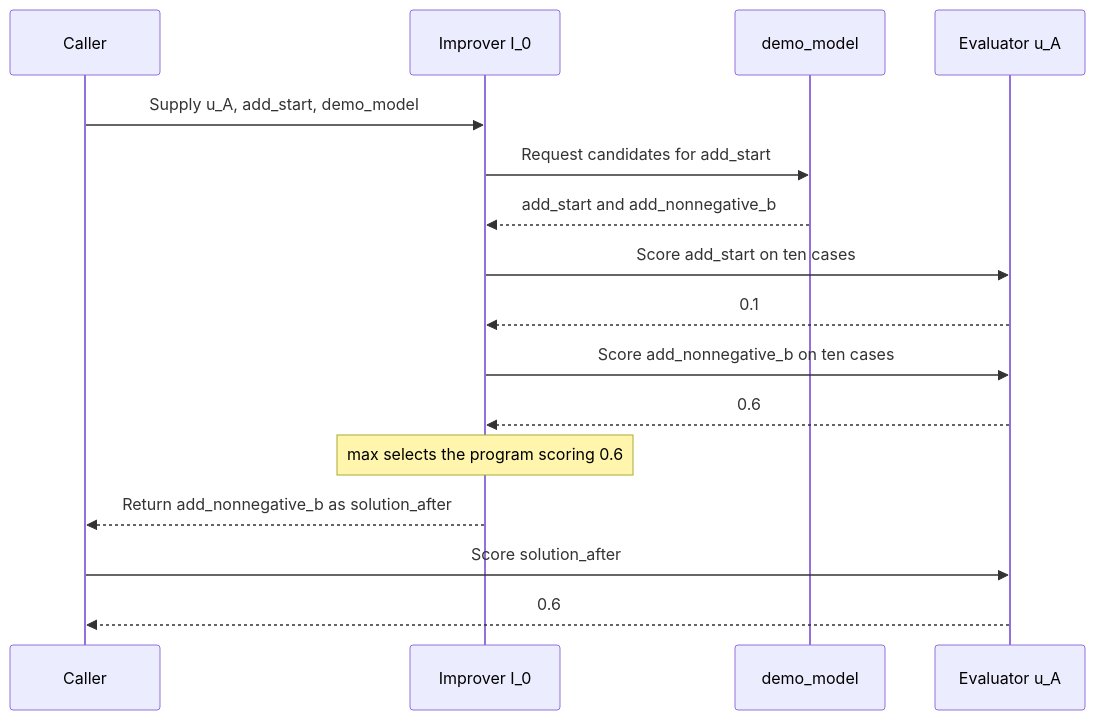
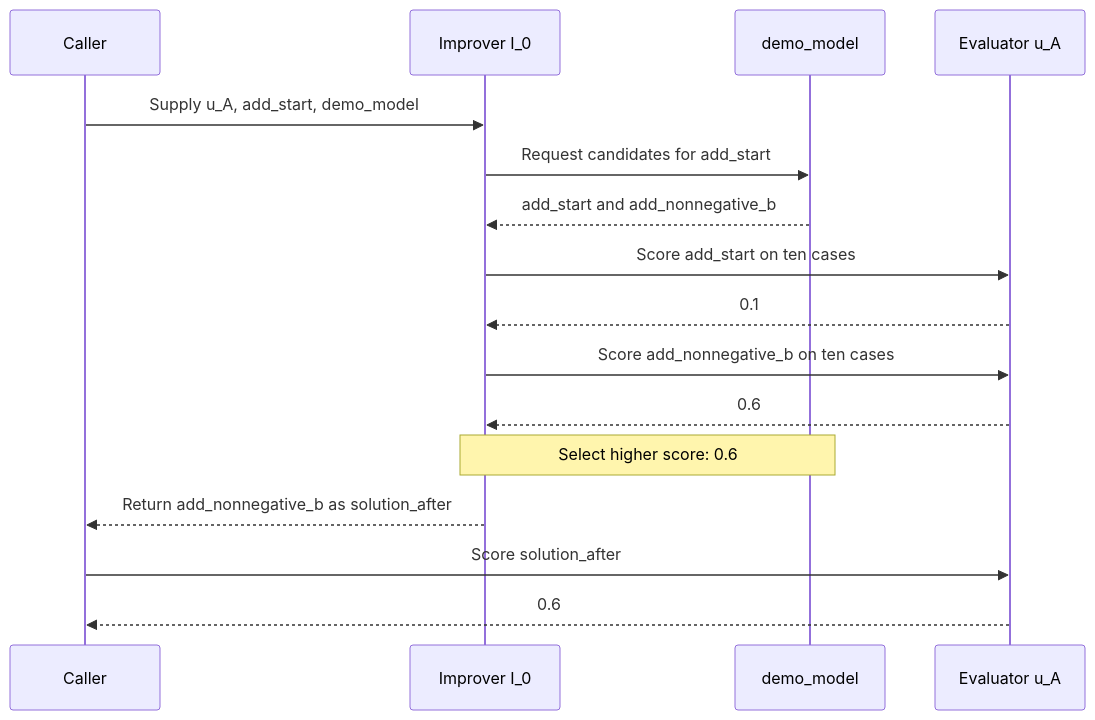
Before and after one commit to jairzinhosantos/thinking-harness: the fifth of 7 diagrams in research/literature/reviews/pap-0001-stop.md, drawn with Mermaid. The commit also changed 1 other file, not shown here.

Commit message:
docs: fit STOP sequence diagram labels

````diff
--- a/research/literature/reviews/pap-0001-stop.md
+++ b/research/literature/reviews/pap-0001-stop.md
@@ -280,18 +280,18 @@
 ```mermaid
 sequenceDiagram
     participant C as Caller
     participant I as Improver I_0
     participant M as demo_model
     participant U as Evaluator u_A
     C->>I: Supply u_A, add_start, demo_model
     I->>M: Request candidates for add_start
     M-->>I: add_start and add_nonnegative_b
     I->>U: Score add_start on ten cases
     U-->>I: 0.1
     I->>U: Score add_nonnegative_b on ten cases
     U-->>I: 0.6
-    Note over I: max selects the program scoring 0.6
+    Note over I,M: Select higher score: 0.6
     I-->>C: Return add_nonnegative_b as solution_after
     C->>U: Score solution_after
     U-->>C: 0.6
 ```
````
